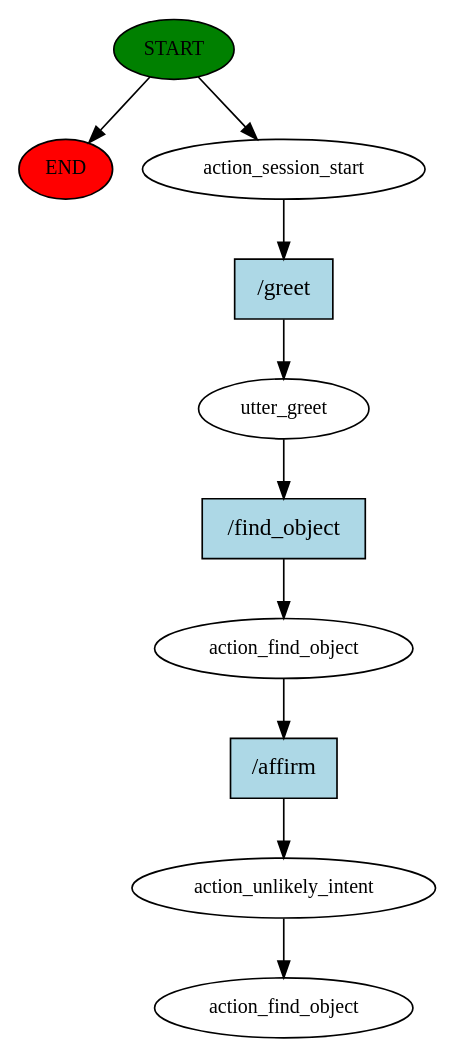
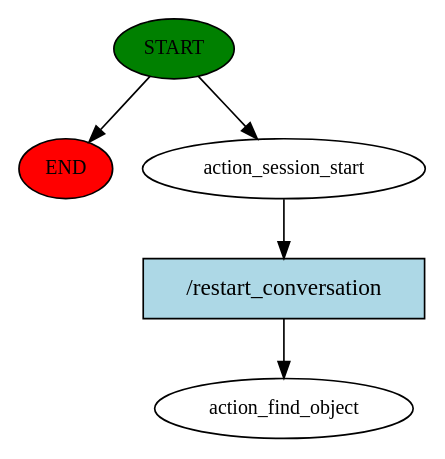
Before and after one commit to toutia/dialogue_manager: the diagram in rasa/story_graph.dot, drawn with Graphviz. The commit also changed 141 other files, not shown here.

Commit message:
added restart conversation intent

```diff
--- a/rasa/story_graph.dot
+++ b/rasa/story_graph.dot
@@ -1,21 +1,11 @@
 digraph  {
 0 [class="start active", fillcolor=green, fontsize=12, label=START, style=filled];
 "-1" [class=end, fillcolor=red, fontsize=12, label=END, style=filled];
 1 [class=active, fontsize=12, label=action_session_start];
-2 [class=active, fontsize=12, label=utter_greet];
-3 [class=active, fontsize=12, label=action_find_object];
-4 [class=active, fontsize=12, label=action_unlikely_intent];
-5 [class="dashed active", fontsize=12, label=action_find_object];
-6 [class="intent active", fillcolor=lightblue, label="/greet", shape=rect, style=filled];
-7 [class="intent active", fillcolor=lightblue, label="/find_object", shape=rect, style=filled];
-8 [class="intent active", fillcolor=lightblue, label="/affirm", shape=rect, style=filled];
+2 [class="dashed active", fontsize=12, label=action_find_object];
+3 [class="intent active", fillcolor=lightblue, label="/restart_conversation", shape=rect, style=filled];
 0 -> "-1"  [class="", key=NONE, label=""];
 0 -> 1  [class=active, key=NONE, label=""];
-1 -> 6  [class=active, key=0];
-2 -> 7  [class=active, key=0];
-3 -> 8  [class=active, key=0];
-4 -> 5  [class=active, key=NONE, label=""];
-6 -> 2  [class=active, key=0];
-7 -> 3  [class=active, key=0];
-8 -> 4  [class=active, key=0];
+1 -> 3  [class=active, key=0];
+3 -> 2  [class=active, key=0];
 }
```
